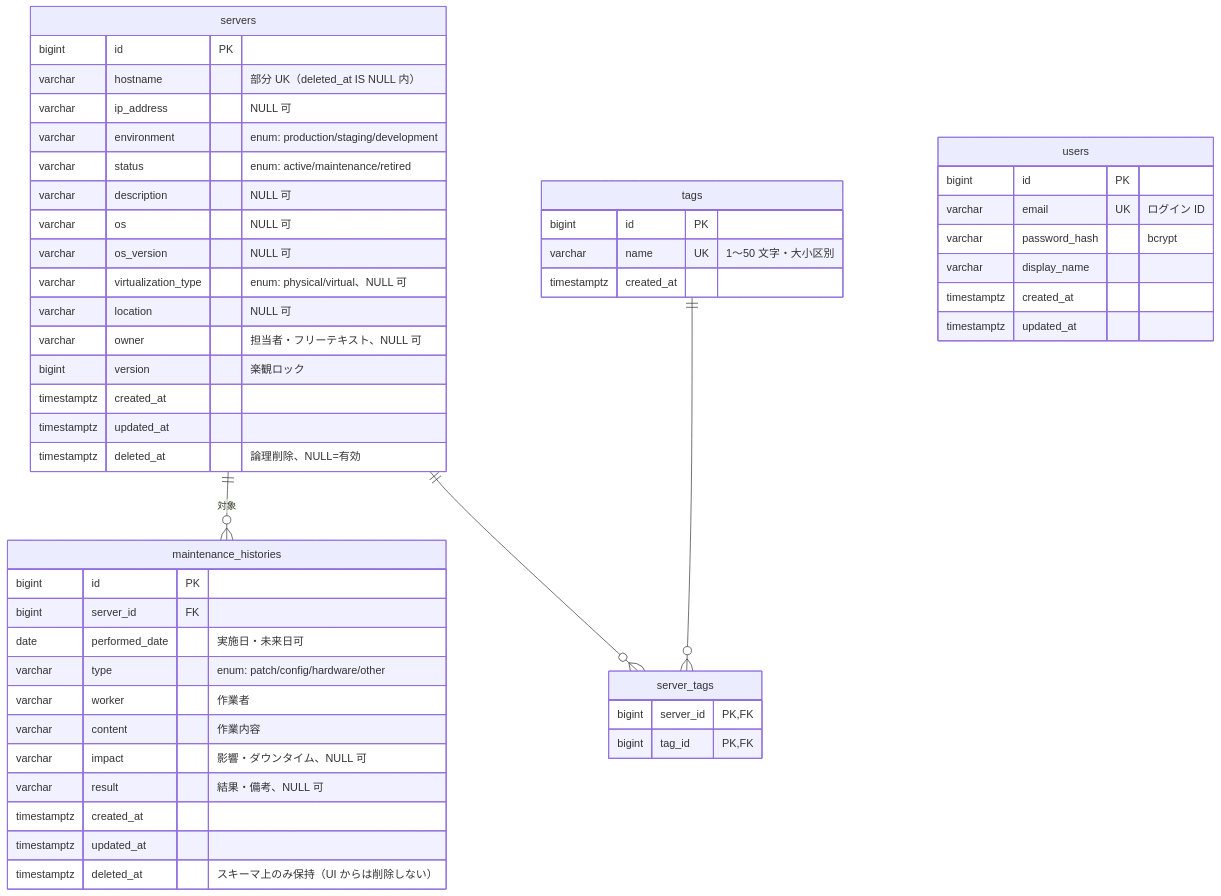
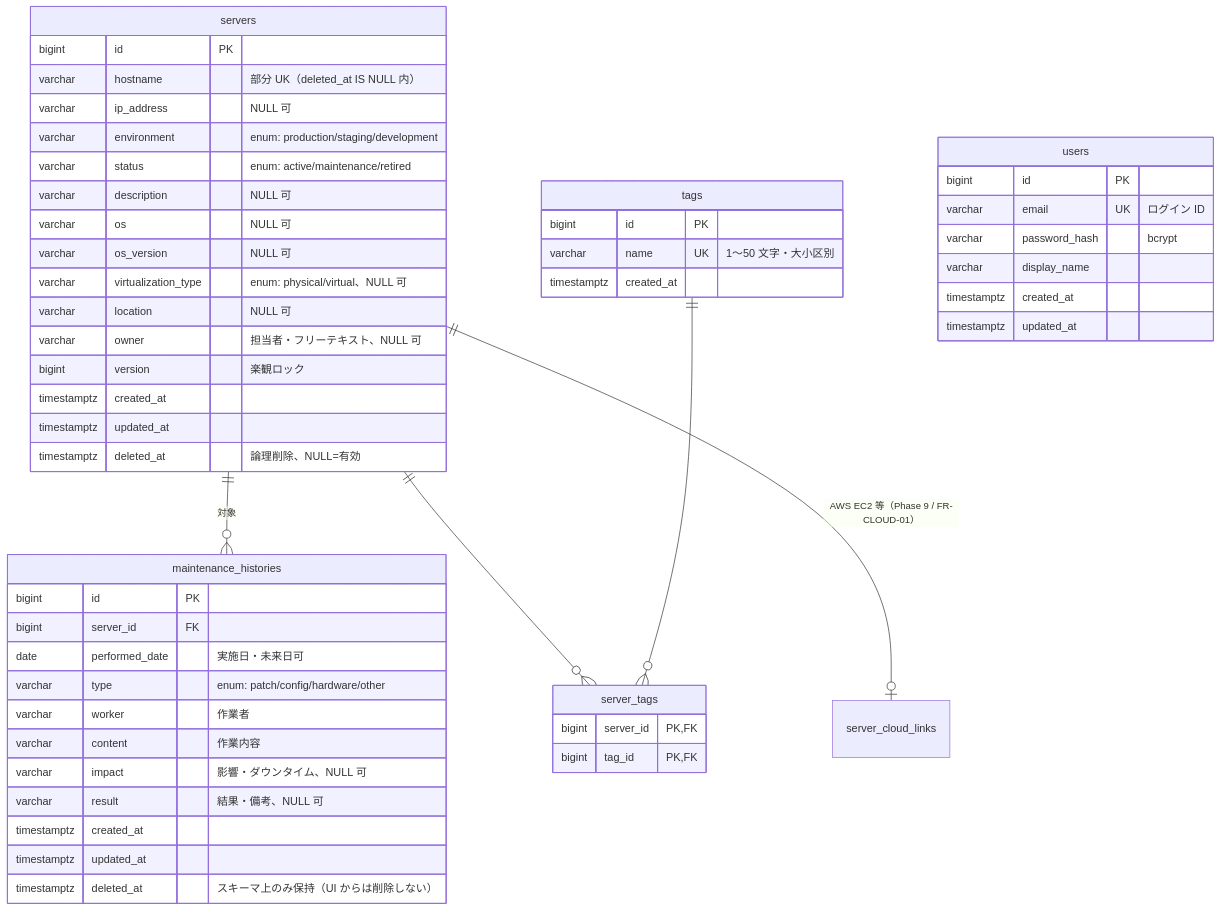
One commit to hayatoogawa1/serverhub changed the diagram in docs/design/basic/03-data-model.md. Above: the diagram before and after it, drawn with Mermaid. The commit also changed other lines of this file and 18 other files, not shown here.

First line of the commit message:
feat(cloud): Phase 9-1 — server_cloud_links スキーマとドメインモデル (#48)

````diff
--- a/docs/design/basic/03-data-model.md
+++ b/docs/design/basic/03-data-model.md
@@ -20,54 +20,55 @@
 ```mermaid
 erDiagram
   servers ||--o{ maintenance_histories : "対象"
   servers ||--o{ server_tags : ""
   tags ||--o{ server_tags : ""
+  servers ||--o| server_cloud_links : "AWS EC2 等（Phase 9 / FR-CLOUD-01）"
 
   users {
     bigint id PK
     varchar email UK "ログイン ID"
     varchar password_hash "bcrypt"
     varchar display_name
     timestamptz created_at
     timestamptz updated_at
   }
   servers {
     bigint id PK
     varchar hostname "部分 UK（deleted_at IS NULL 内）"
     varchar ip_address "NULL 可"
     varchar environment "enum: production/staging/development"
     varchar status "enum: active/maintenance/retired"
     varchar description "NULL 可"
     varchar os "NULL 可"
     varchar os_version "NULL 可"
     varchar virtualization_type "enum: physical/virtual、NULL 可"
     varchar location "NULL 可"
     varchar owner "担当者・フリーテキスト、NULL 可"
     bigint version "楽観ロック"
     timestamptz created_at
     timestamptz updated_at
     timestamptz deleted_at "論理削除、NULL=有効"
   }
   tags {
     bigint id PK
     varchar name UK "1〜50 文字・大小区別"
     timestamptz created_at
   }
   server_tags {
     bigint server_id PK,FK
     bigint tag_id PK,FK
   }
   maintenance_histories {
     bigint id PK
     bigint server_id FK
     date performed_date "実施日・未来日可"
     varchar type "enum: patch/config/hardware/other"
     varchar worker "作業者"
     varchar content "作業内容"
     varchar impact "影響・ダウンタイム、NULL 可"
     varchar result "結果・備考、NULL 可"
     timestamptz created_at
     timestamptz updated_at
     timestamptz deleted_at "スキーマ上のみ保持（UI からは削除しない）"
   }
 ```
````
